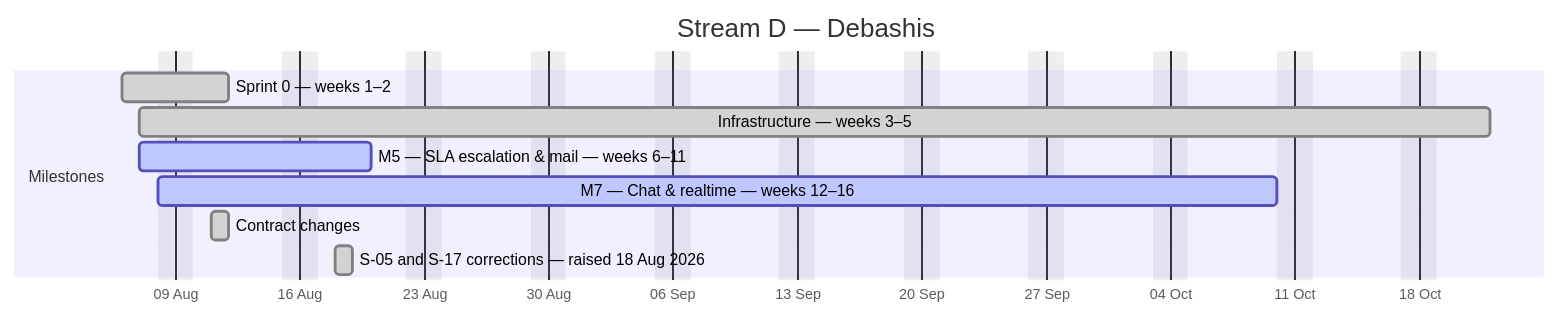
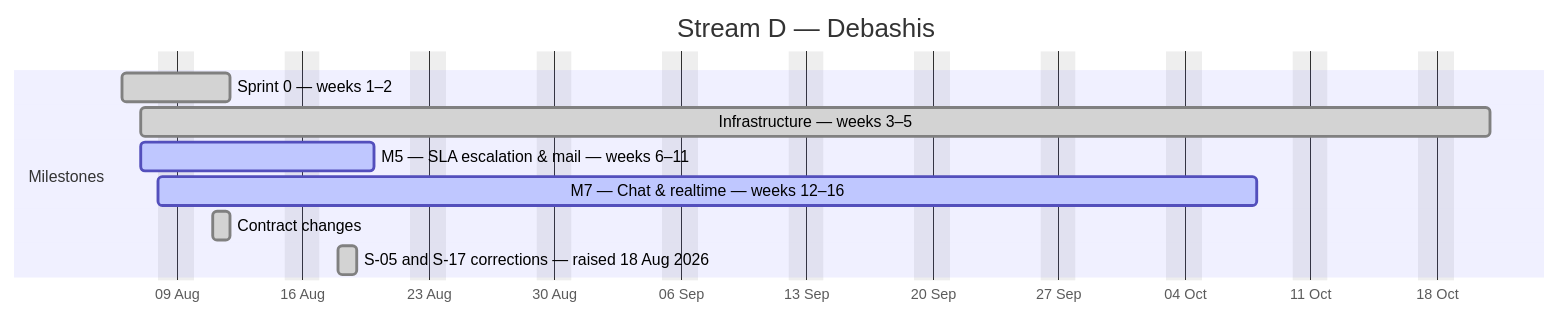
The fourth of 4 diagrams in docs/plan/GANTT.md (debashisedunext/EduTrack), drawn with Mermaid before and after one commit. The commit also changed other lines of this file and 3 other files, not shown here.

````diff
--- a/docs/plan/GANTT.md
+++ b/docs/plan/GANTT.md
@@ -151,14 +149,14 @@
 ```mermaid
 gantt
     dateFormat YYYY-MM-DD
     axisFormat %d %b
     title Stream D — Debashis
     excludes weekends
     section Milestones
     Sprint 0 — weeks 1–2 :done, d0, 2026-08-06, 4d
-    Infrastructure — weeks 3–5 :done, d1, 2026-08-07, 54d
+    Infrastructure — weeks 3–5 :done, d1, 2026-08-07, 53d
     M5 — SLA  escalation & mail — weeks 6–11 :active, d2, 2026-08-07, 9d
-    M7 — Chat & realtime — weeks 12–16 :active, d3, 2026-08-08, 46d
+    M7 — Chat & realtime — weeks 12–16 :active, d3, 2026-08-08, 44d
     Contract changes :done, d4, 2026-08-11, 1d
     S-05 and S-17 corrections — raised 18 Aug 2026 :done, d5, 2026-08-18, 1d
 ```
````
